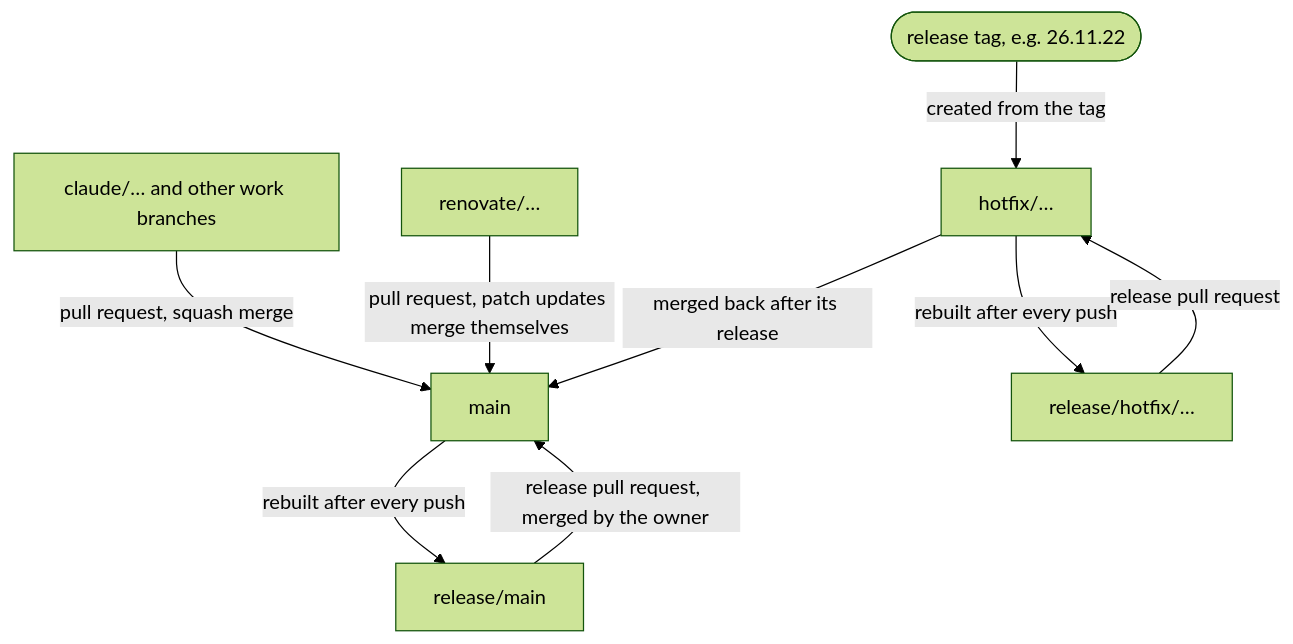
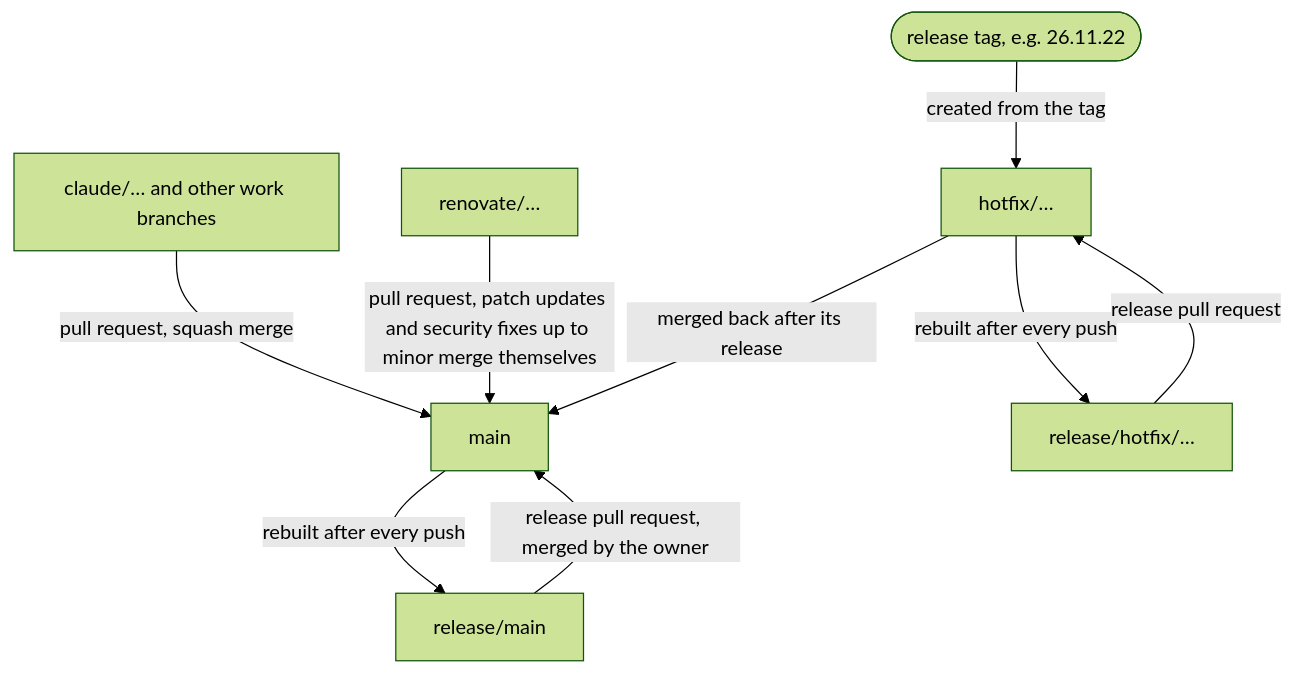
Before and after one commit to Heiss/nova-imperium: the first of 4 diagrams in website/src/content/docs/git-workflow.md, drawn with Mermaid (forest theme). The commit also changed other lines of this file and 6 other files, not shown here.

First line of the commit message:
Renovate merges security updates up to minor by itself (#148) (#164)

````diff
--- a/website/src/content/docs/git-workflow.md
+++ b/website/src/content/docs/git-workflow.md
@@ -17,11 +17,11 @@
 ```mermaid
 flowchart TD
   work["claude/… and other work branches"] -->|"pull request, squash merge"| main
-  renovate["renovate/…"] -->|"pull request, patch updates merge themselves"| main
+  renovate["renovate/…"] -->|"pull request, patch updates and security fixes up to minor merge themselves"| main
   main -->|"rebuilt after every push"| relmain["release/main"]
   relmain -->|"release pull request, merged by the owner"| main
   tag(["release tag, e.g. 26.11.22"]) -->|"created from the tag"| hotfix["hotfix/…"]
   hotfix -->|"rebuilt after every push"| relhot["release/hotfix/…"]
   relhot -->|"release pull request"| hotfix
   hotfix -->|"merged back after its release"| main
 ```
````
